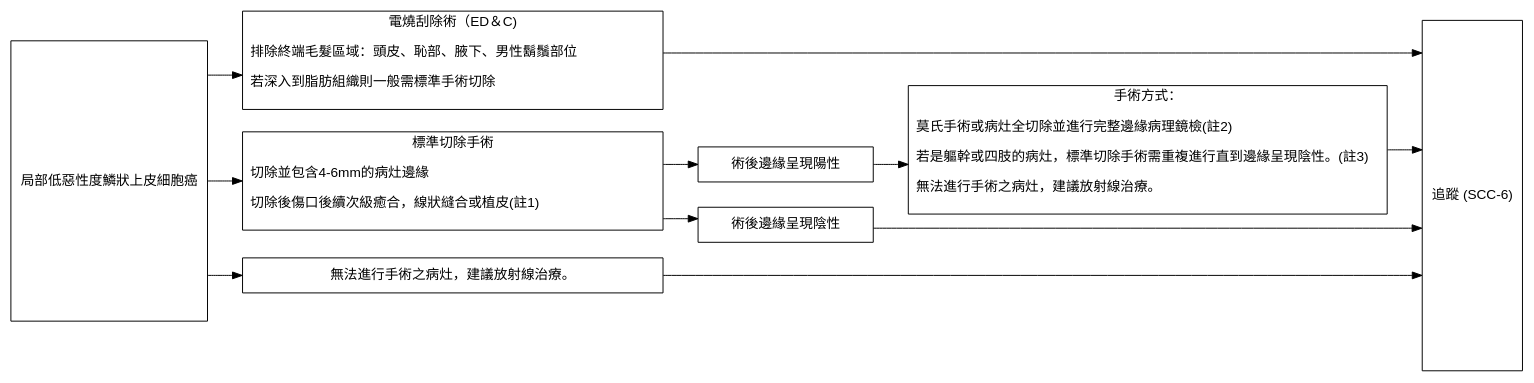
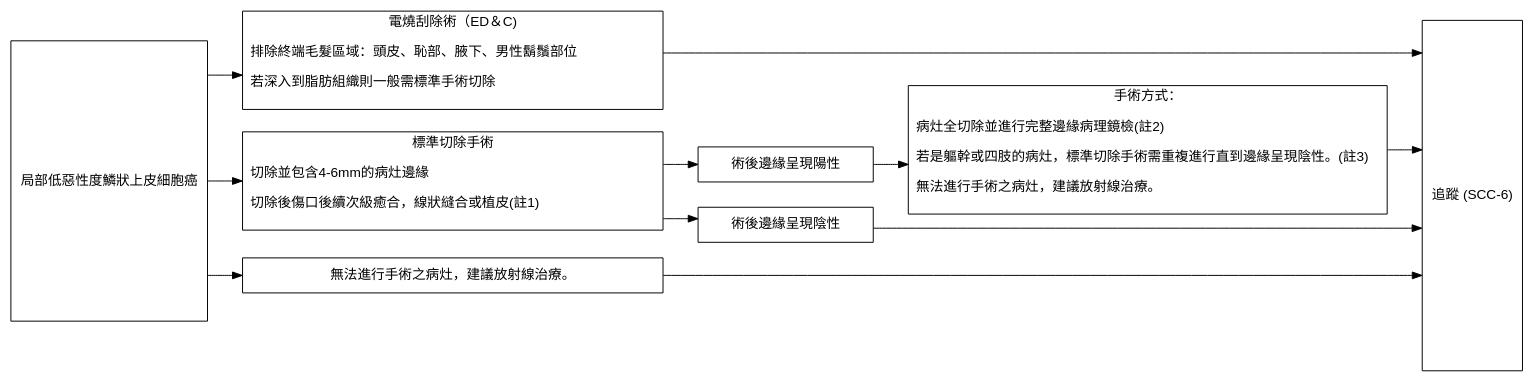
One commit to gnayyc/SkinCancerGuidelineDiagram changed the diagram in SCC.2.gv. Above: the diagram before and after it, drawn with Graphviz. The commit also changed 5 other files, not shown here.

```diff
--- a/SCC.2.gv
+++ b/SCC.2.gv
@@ -1,36 +1,36 @@
 digraph {
   graph [rankdir = LR; splines=ortho; overlap=false]
   node [shape = box, fontname = Helvetica]
 
   low -> {tx1 tx2 tx3}
          tx1 -> fu
          tx2 -> bo1 -> tx21 -> fu
          tx2 -> bo0 -> fu
          tx3 -> fu
          
   low [label = 局部低惡性度鱗狀上皮細胞癌; height=4]
   tx1 [label = "電燒刮除術（ED＆C)\n
 排除終端毛髮區域：頭皮、恥部、腋下、男性鬍鬚部位\l
 若深入到脂肪組織則一般需標準手術切除\l
 "; 
 width = 6]
   tx2 [label = "標準切除手術\n
 切除並包含4-6mm的病灶邊緣\l
 切除後傷口後續次級癒合，線狀縫合或植皮(註1)\l
 "; 
 width = 6]
   tx21 [label = "手術方式：\n
-莫氏手術或病灶全切除並進行完整邊緣病理鏡檢(註2)\l
+病灶全切除並進行完整邊緣病理鏡檢(註2)\l
 若是軀幹或四肢的病灶，標準切除手術需重複進行直到邊緣呈現陰性。(註3)\l
 無法進行手術之病灶，建議放射線治療。\l
 "]
   tx3 [label = "無法進行手術之病灶，建議放射線治療。"; width = 6]
   bo0 [label = "術後邊緣呈現陰性"; width=2.5]
   bo1 [label = "術後邊緣呈現陽性"; width=2.5]
   fu [label = "追蹤 (SCC-6)"; height=5]
   
   {rank = same; tx1; tx2; tx3}
   {rank = same; bo0; bo1}
   
 
 }
```
